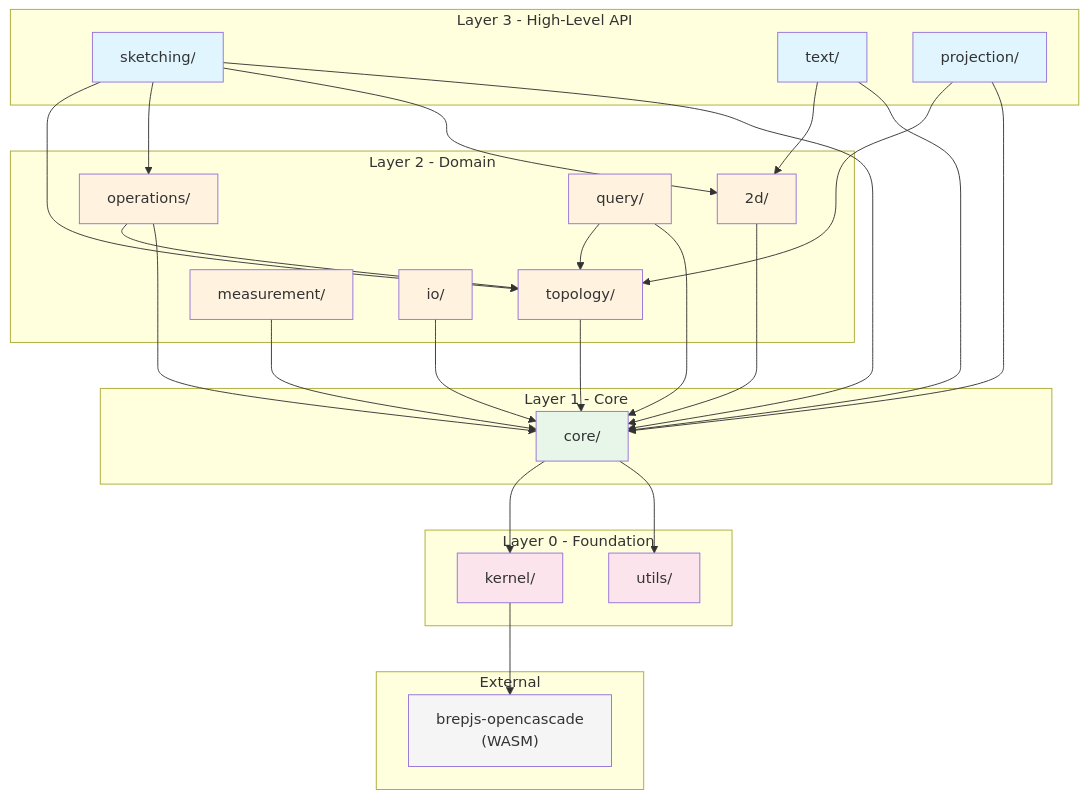
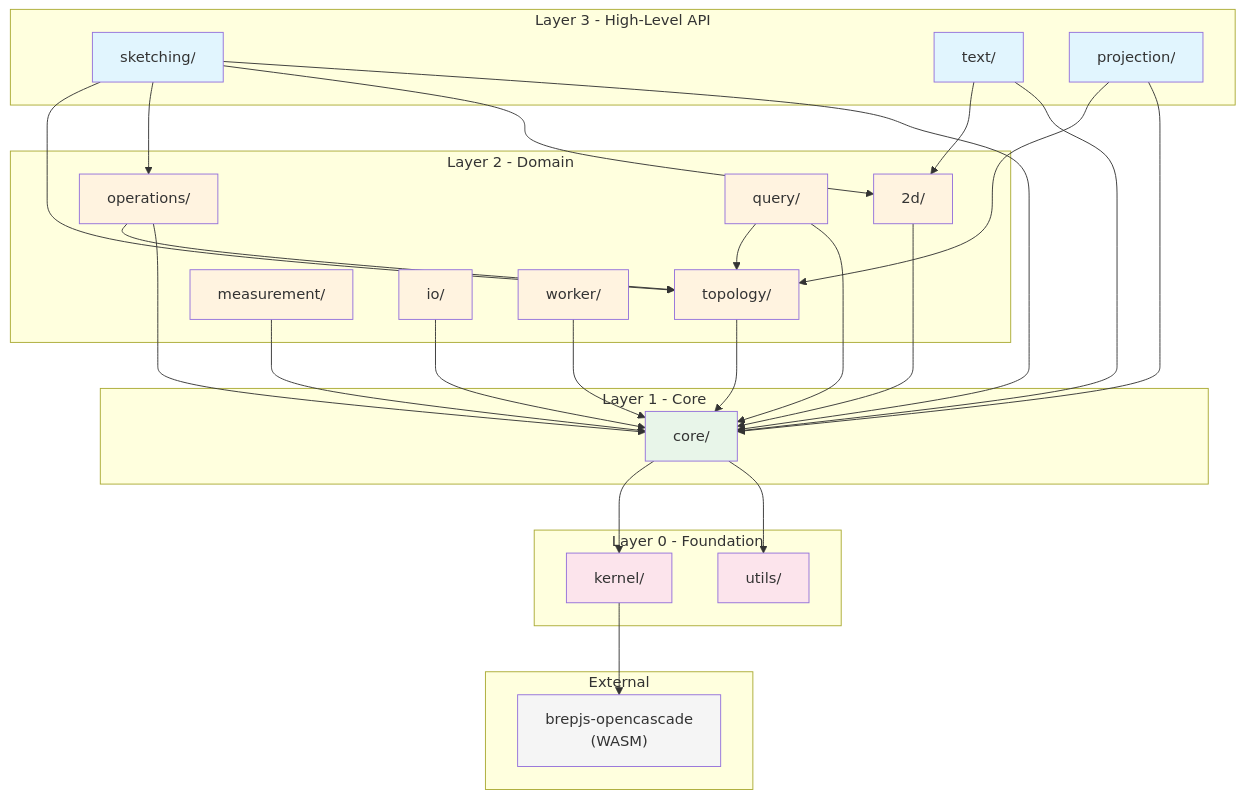
One commit to andymai/brepjs changed the first of 2 diagrams in docs/architecture.md. Above: the diagram before and after it, drawn with Mermaid. The commit also changed other lines of this file and 4 other files, not shown here.

````diff
--- a/docs/architecture.md
+++ b/docs/architecture.md
@@ -7,69 +7,71 @@
 ```mermaid
 graph TB
     subgraph "Layer 3 - High-Level API"
         Sketching["sketching/"]
         Text["text/"]
         Projection["projection/"]
     end
 
     subgraph "Layer 2 - Domain"
         Topology["topology/"]
         Operations["operations/"]
         TwoD["2d/"]
         Query["query/"]
         Measurement["measurement/"]
         IO["io/"]
+        Worker["worker/"]
     end
 
     subgraph "Layer 1 - Core"
         Core["core/"]
     end
 
     subgraph "Layer 0 - Foundation"
         Kernel["kernel/"]
         Utils["utils/"]
     end
 
     subgraph "External"
         OCCT["brepjs-opencascade<br/>(WASM)"]
     end
 
     %% Layer 3 imports
     Sketching --> Topology
     Sketching --> Operations
     Sketching --> TwoD
     Sketching --> Core
     Text --> TwoD
     Text --> Core
     Projection --> Topology
     Projection --> Core
 
     %% Layer 2 imports
     Topology --> Core
     Operations --> Topology
     Operations --> Core
     TwoD --> Core
     Query --> Topology
     Query --> Core
     Measurement --> Core
     IO --> Core
+    Worker --> Core
 
     %% Layer 1 imports
     Core --> Kernel
     Core --> Utils
 
     %% Layer 0 imports
     Kernel --> OCCT
 
     classDef l3 fill:#e1f5fe
     classDef l2 fill:#fff3e0
     classDef l1 fill:#e8f5e9
     classDef l0 fill:#fce4ec
     classDef ext fill:#f5f5f5
 
     class Sketching,Text,Projection l3
-    class Topology,Operations,TwoD,Query,Measurement,IO l2
+    class Topology,Operations,TwoD,Query,Measurement,IO,Worker l2
     class Core l1
     class Kernel,Utils l0
     class OCCT ext
 ```
````
